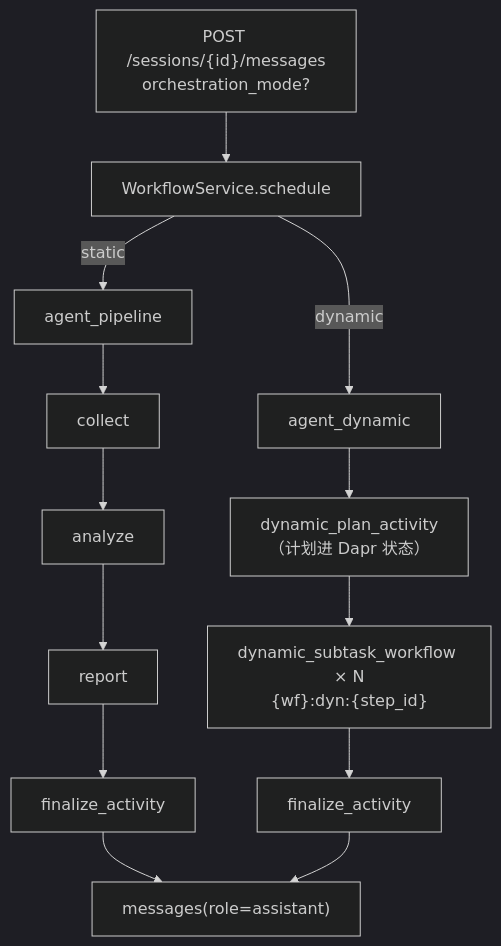
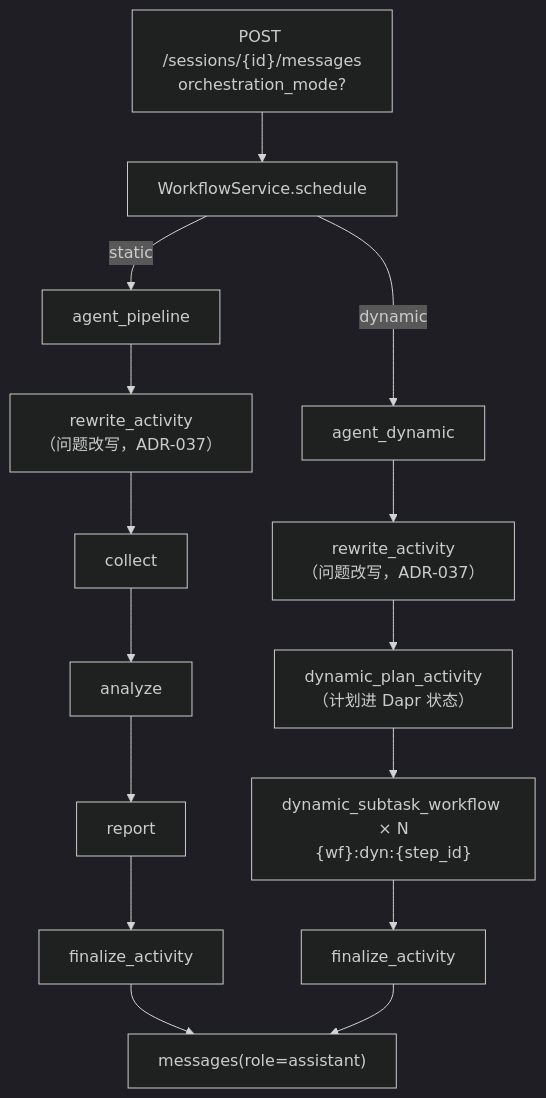
One commit to lian-yao/Multi-Agent-Collaboration-Platform changed the first of 2 diagrams in doc/orchestration.md. Above: the diagram before and after it, drawn with Mermaid (dark theme). The commit also changed other lines of this file and 17 other files, not shown here.

````diff
--- a/doc/orchestration.md
+++ b/doc/orchestration.md
@@ -35,12 +36,14 @@
 ```mermaid
 flowchart TB
     API["POST /sessions/{id}/messages<br/>orchestration_mode?"] --> SVC["WorkflowService.schedule"]
     SVC -->|static| SP["agent_pipeline"]
     SVC -->|dynamic| DP["agent_dynamic"]
-    SP --> SA1["collect"] --> SA2["analyze"] --> SA3["report"] --> SF["finalize_activity"]
-    DP --> DPL["dynamic_plan_activity<br/>（计划进 Dapr 状态）"]
+    SP --> SR1["rewrite_activity<br/>（问题改写，ADR-037）"]
+    DP --> SR2["rewrite_activity<br/>（问题改写，ADR-037）"]
+    SR1 --> SA1["collect"] --> SA2["analyze"] --> SA3["report"] --> SF["finalize_activity"]
+    SR2 --> DPL["dynamic_plan_activity<br/>（计划进 Dapr 状态）"]
     DPL --> DS["dynamic_subtask_workflow × N<br/>{wf}:dyn:{step_id}"]
     DS --> DF["finalize_activity"]
     SF --> MSG["messages(role=assistant)"]
     DF --> MSG
 ```
````
